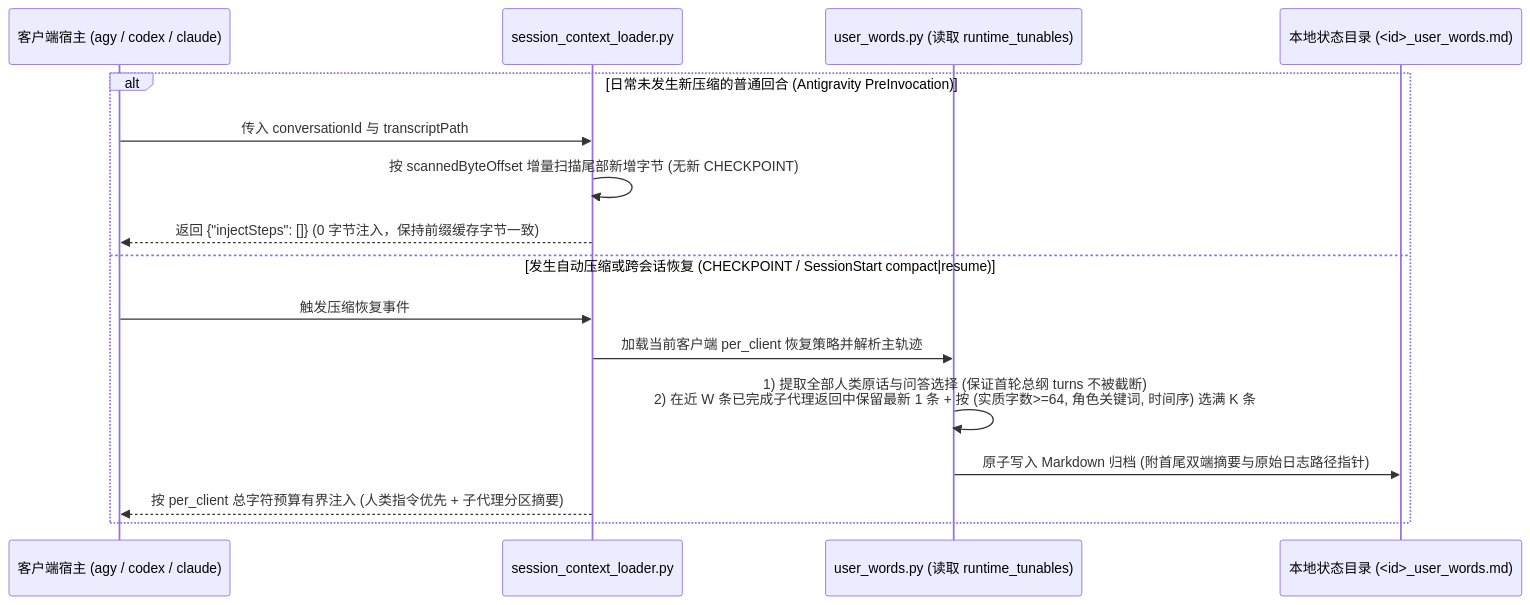
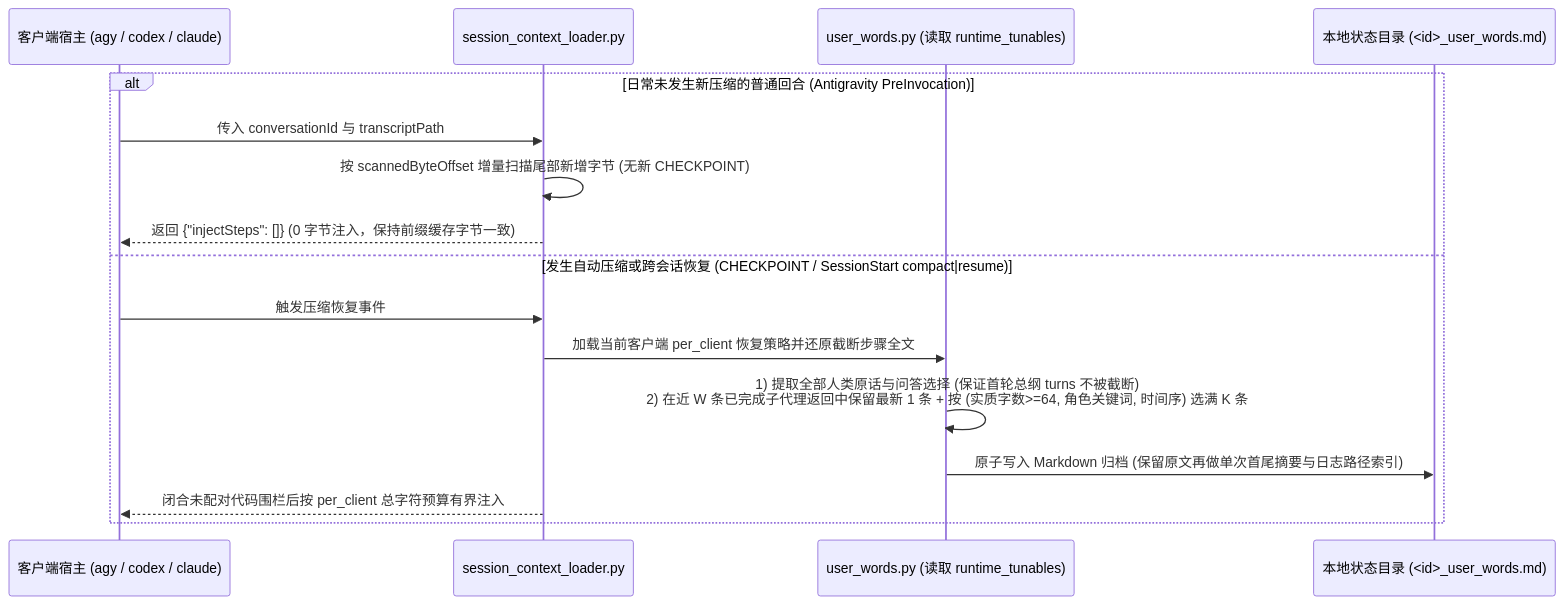
Before and after one commit to Xinyu-Li-1997/Antigravity_Codex_ClaudeCode_DeepSeekHarness: the diagram in docs/architecture-and-hooks.md, drawn with Mermaid. The commit also changed other lines of this file and 36 other files, not shown here.

First line of the commit message:
feat(v1.14.0): 全量收口 runtime_tunables、加固钩子与编排器及路由边界并整篇重写图文文档

````diff
--- a/docs/architecture-and-hooks.md
+++ b/docs/architecture-and-hooks.md
@@ -41,19 +41,19 @@
 ```mermaid
 sequenceDiagram
     participant Host as 客户端宿主 (agy / codex / claude)
     participant Loader as session_context_loader.py
     participant Parser as user_words.py (读取 runtime_tunables)
     participant Disk as 本地状态目录 (<id>_user_words.md)
 
     alt 日常未发生新压缩的普通回合 (Antigravity PreInvocation)
         Host->>Loader: 传入 conversationId 与 transcriptPath
         Loader->>Loader: 按 scannedByteOffset 增量扫描尾部新增字节 (无新 CHECKPOINT)
         Loader-->>Host: 返回 {"injectSteps": []} (0 字节注入，保持前缀缓存字节一致)
     else 发生自动压缩或跨会话恢复 (CHECKPOINT / SessionStart compact|resume)
         Host->>Loader: 触发压缩恢复事件
-        Loader->>Parser: 加载当前客户端 per_client 恢复策略并解析主轨迹
+        Loader->>Parser: 加载当前客户端 per_client 恢复策略并还原截断步骤全文
         Parser->>Parser: 1) 提取全部人类原话与问答选择 (保证首轮总纲 turns 不被截断)<br/>2) 在近 W 条已完成子代理返回中保留最新 1 条 + 按 (实质字数>=64, 角色关键词, 时间序) 选满 K 条
-        Parser->>Disk: 原子写入 Markdown 归档 (附首尾双端摘要与原始日志路径指针)
-        Loader-->>Host: 按 per_client 总字符预算有界注入 (人类指令优先 + 子代理分区摘要)
+        Parser->>Disk: 原子写入 Markdown 归档 (保留原文再做单次首尾摘要与日志路径索引)
+        Loader-->>Host: 闭合未配对代码围栏后按 per_client 总字符预算有界注入
     end
 ```
````
